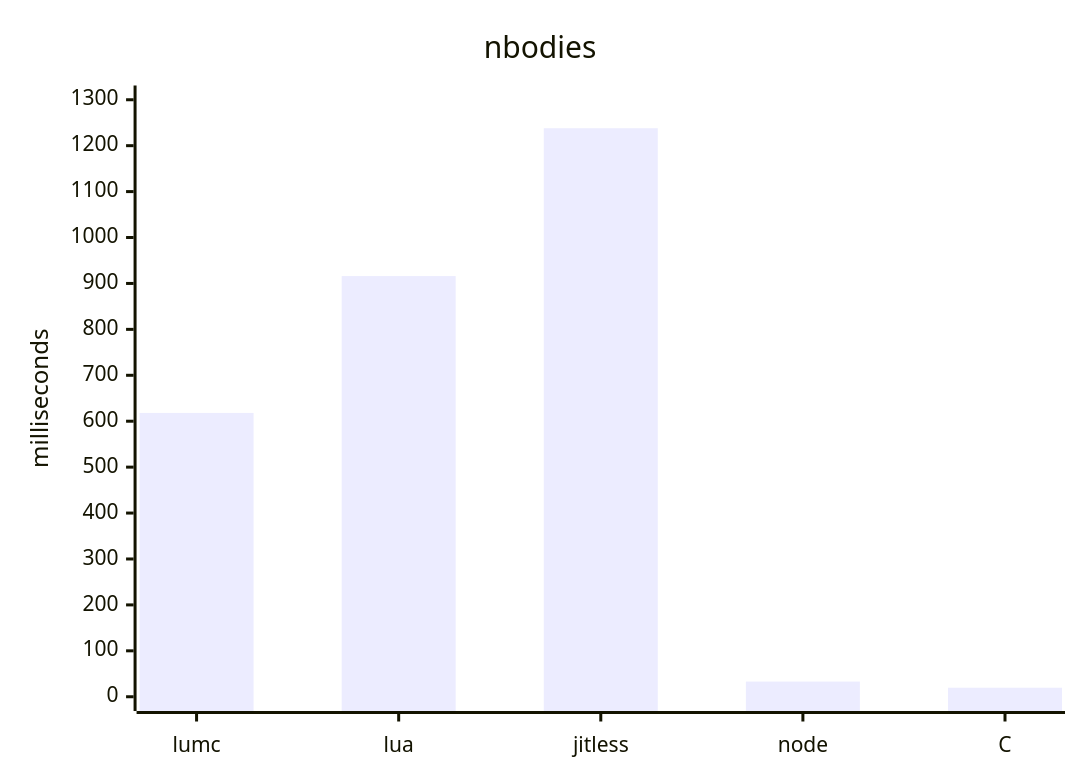
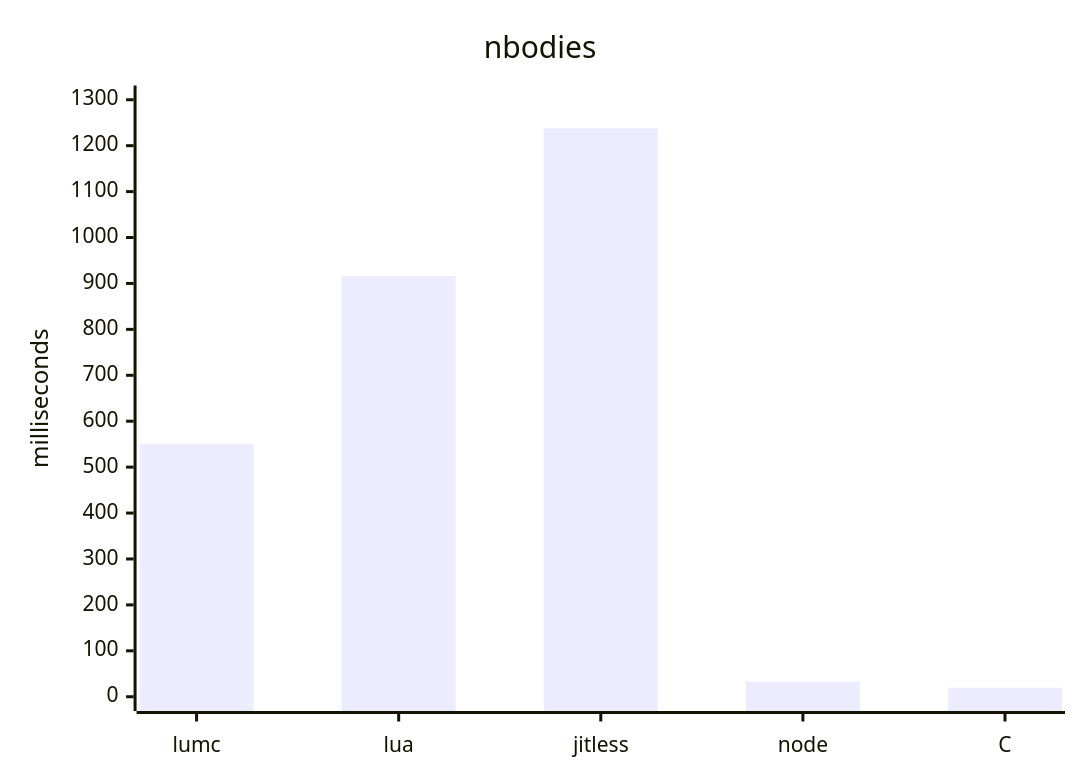
One commit to nem0/LumixEngine changed the fourth of 4 diagrams in external/lumscript/benchmarks/results.md. Above: the diagram before and after it, drawn with Mermaid. The commit also changed other lines of this file, not shown here.

````diff
--- a/external/lumscript/benchmarks/results.md
+++ b/external/lumscript/benchmarks/results.md
@@ -85,7 +85,7 @@
 ```mermaid
 xychart-beta
     title "nbodies"
     x-axis [lumc, lua, jitless, node, C]
     y-axis "milliseconds" 0 --> 1300
-    bar [618, 916, 1238, 33.0, 19.6]
+    bar [551, 916, 1238, 33.0, 19.6]
 ```
````
